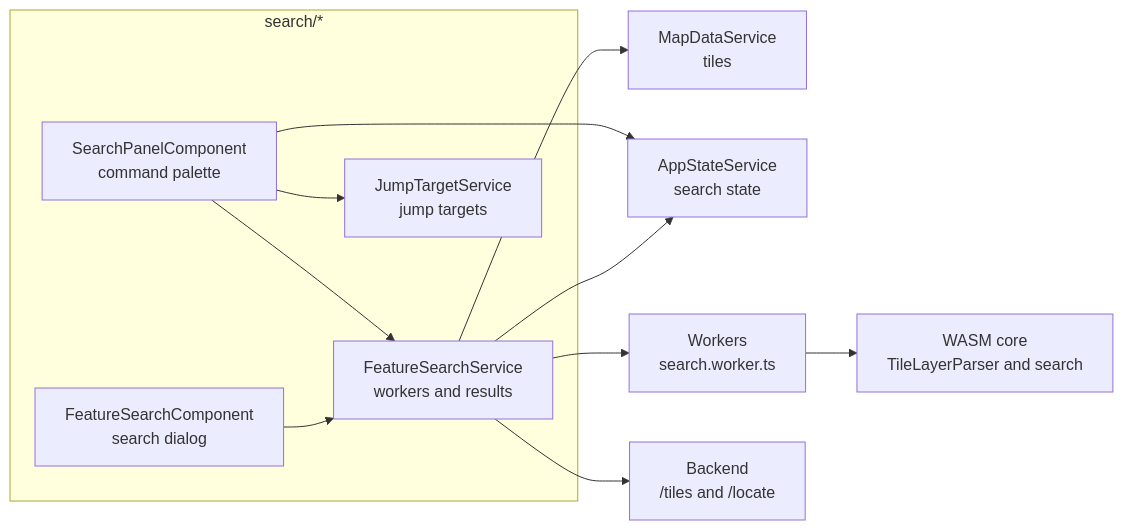
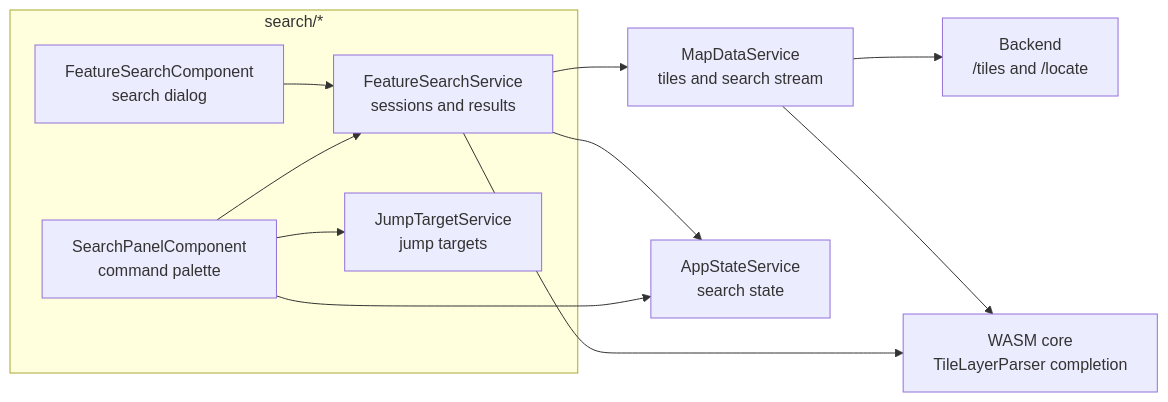
One commit to ndsev/erdblick changed the fifth of 10 diagrams in docs/erdblick-dev-guide.md. Above: the diagram before and after it, drawn with Mermaid. The commit also changed other lines of this file and 31 other files, not shown here.

Commit message:
search: Use backend search and schema-based completion.

````diff
--- a/docs/erdblick-dev-guide.md
+++ b/docs/erdblick-dev-guide.md
@@ -277,25 +277,24 @@
 ```mermaid
 flowchart LR
   subgraph search_dir[search/*]
     SearchPanel[SearchPanelComponent<br>command palette]
     FeatureSearch[FeatureSearchComponent<br>search dialog]
-    SearchSvc[FeatureSearchService<br>workers and results]
+    SearchSvc[FeatureSearchService<br>sessions and results]
     JumpSvc[JumpTargetService<br>jump targets]
   end
-  MapSvc[MapDataService<br>tiles]
+  MapSvc[MapDataService<br>tiles and search stream]
   State[AppStateService<br>search state]
-  Workers[Workers<br>search.worker.ts]
-  Core[WASM core<br>TileLayerParser and search]
+  Core[WASM core<br>TileLayerParser completion]
   Backend[Backend<br>/tiles and /locate]
 
   SearchPanel --> SearchSvc
   SearchPanel --> JumpSvc
   SearchPanel --> State
   FeatureSearch --> SearchSvc
 
   SearchSvc --> MapSvc
   SearchSvc --> State
-  SearchSvc --> Workers
-  Workers --> Core
-  SearchSvc --> Backend
+  SearchSvc --> Core
+  MapSvc --> Backend
+  MapSvc --> Core
 ```
````
